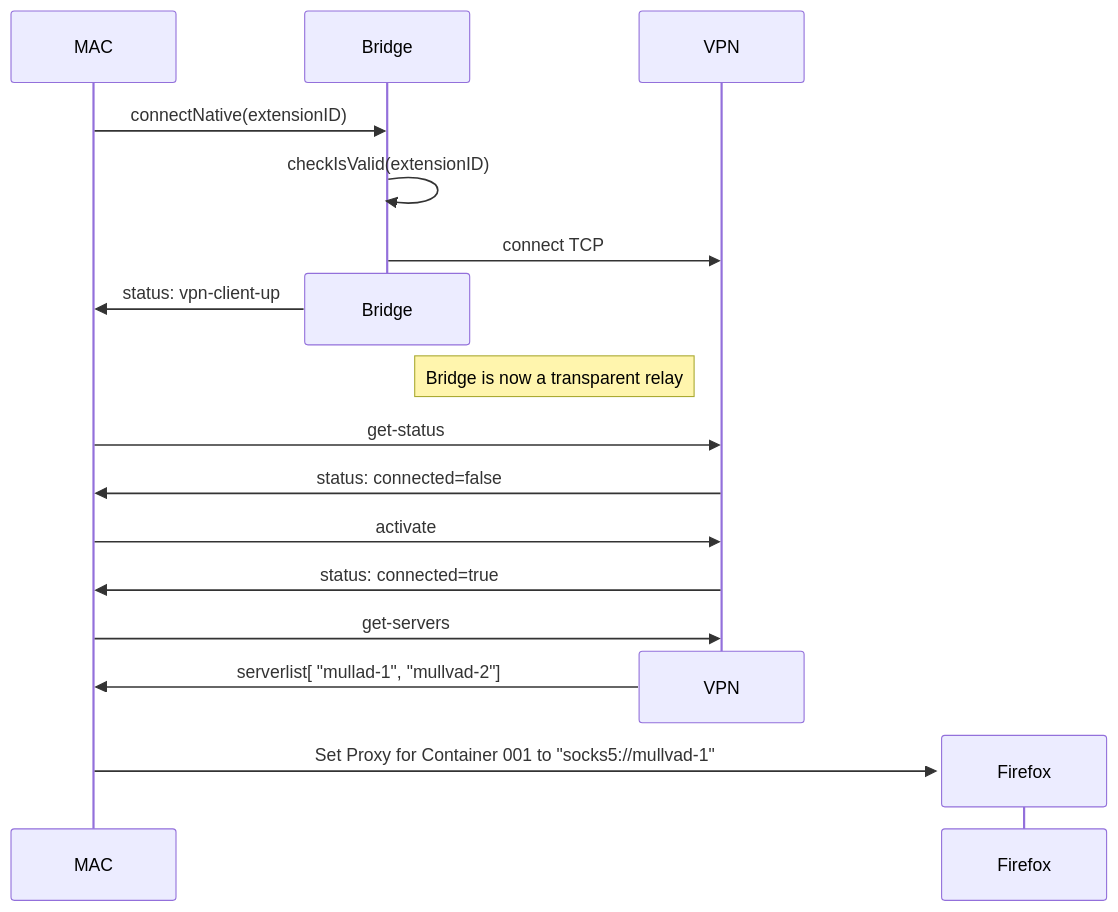
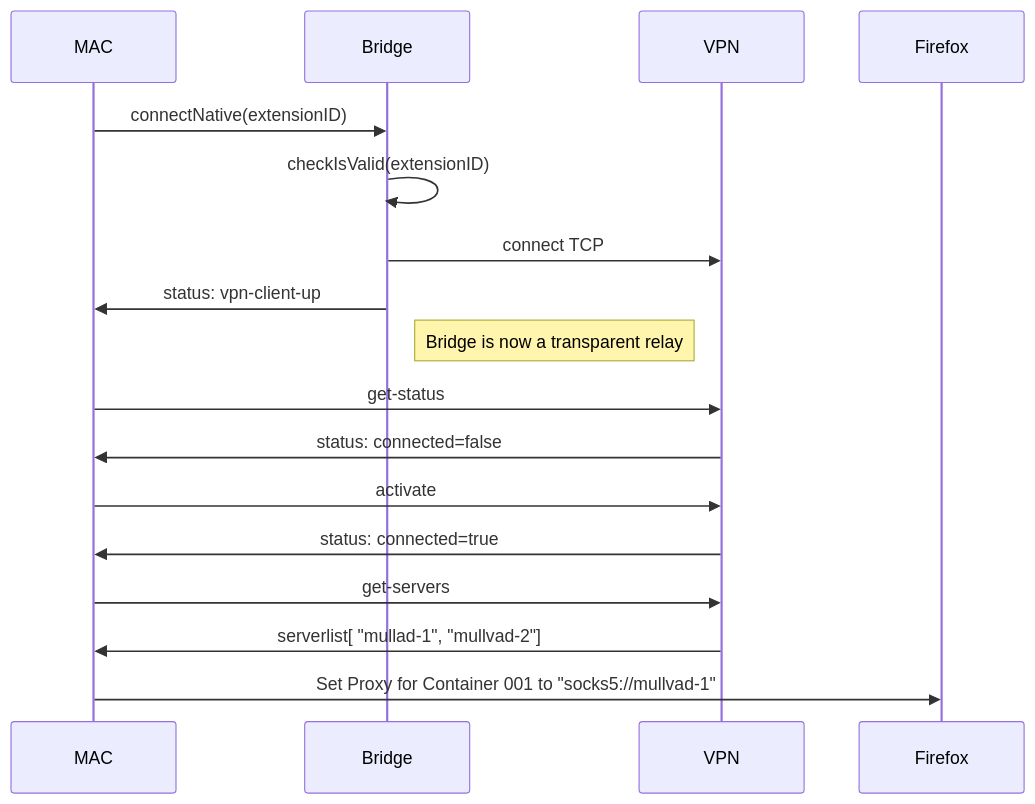
One commit to mozilla-mobile/mozilla-vpn-client changed the diagram in docs/rfcs/9999-vpn-firefox-integration.md. Above: the diagram before and after it, drawn with Mermaid.

Commit message:
fix seq diagram

````diff
--- a/docs/rfcs/9999-vpn-firefox-integration.md
+++ b/docs/rfcs/9999-vpn-firefox-integration.md
@@ -122,24 +122,21 @@
 ```mermaid 
 sequenceDiagram
     participant MAC
     participant NM as Bridge
     participant VPN
     
 
     MAC->>NM: connectNative(extensionID)
     NM->>NM: checkIsValid(extensionID)
     NM->>VPN: connect TCP
-    destroy NM
     NM->>MAC: status: vpn-client-up
     Note right of NM: Bridge is now a transparent relay
     MAC->>VPN: get-status
     VPN->>MAC: status: connected=false
     MAC->>VPN: activate
     VPN->>MAC: status: connected=true
     MAC->>VPN: get-servers
-    destroy VPN
     VPN->>MAC: serverlist[ "mullad-1", "mullvad-2"]
-    create participant Firefox
     MAC->>Firefox: Set Proxy for Container 001 to "socks5://mullvad-1"
 
 ```
````
